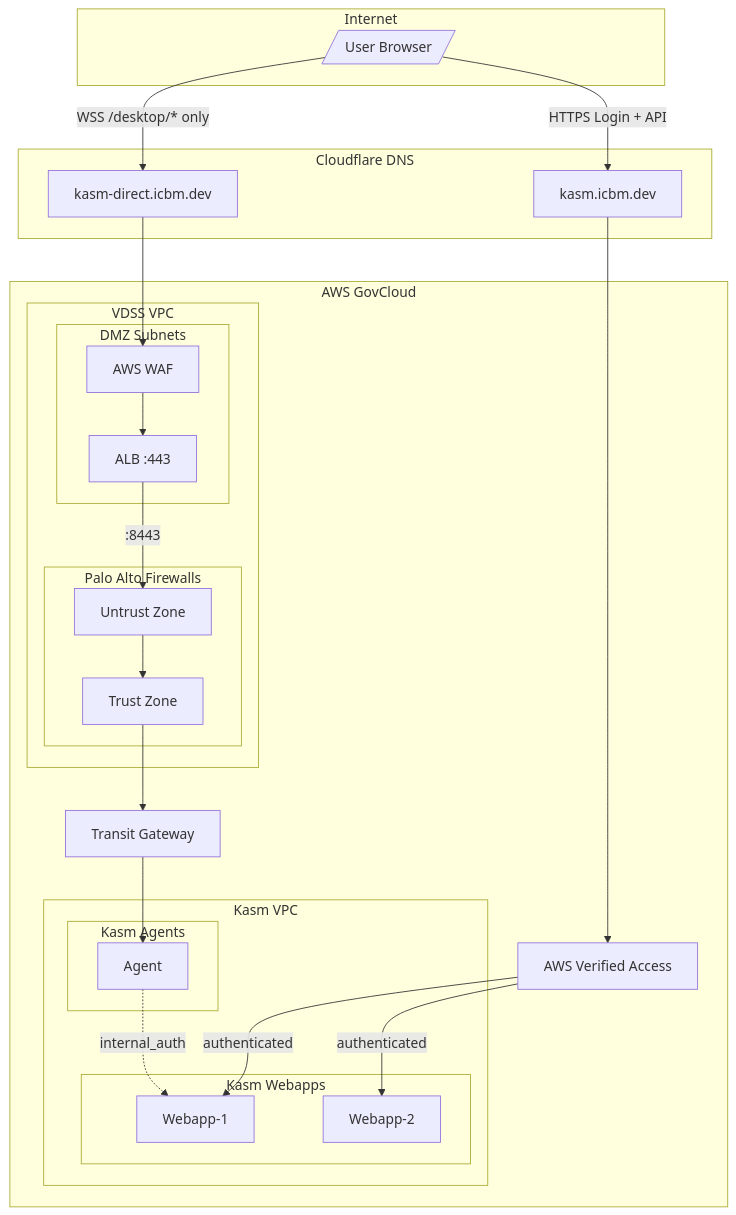
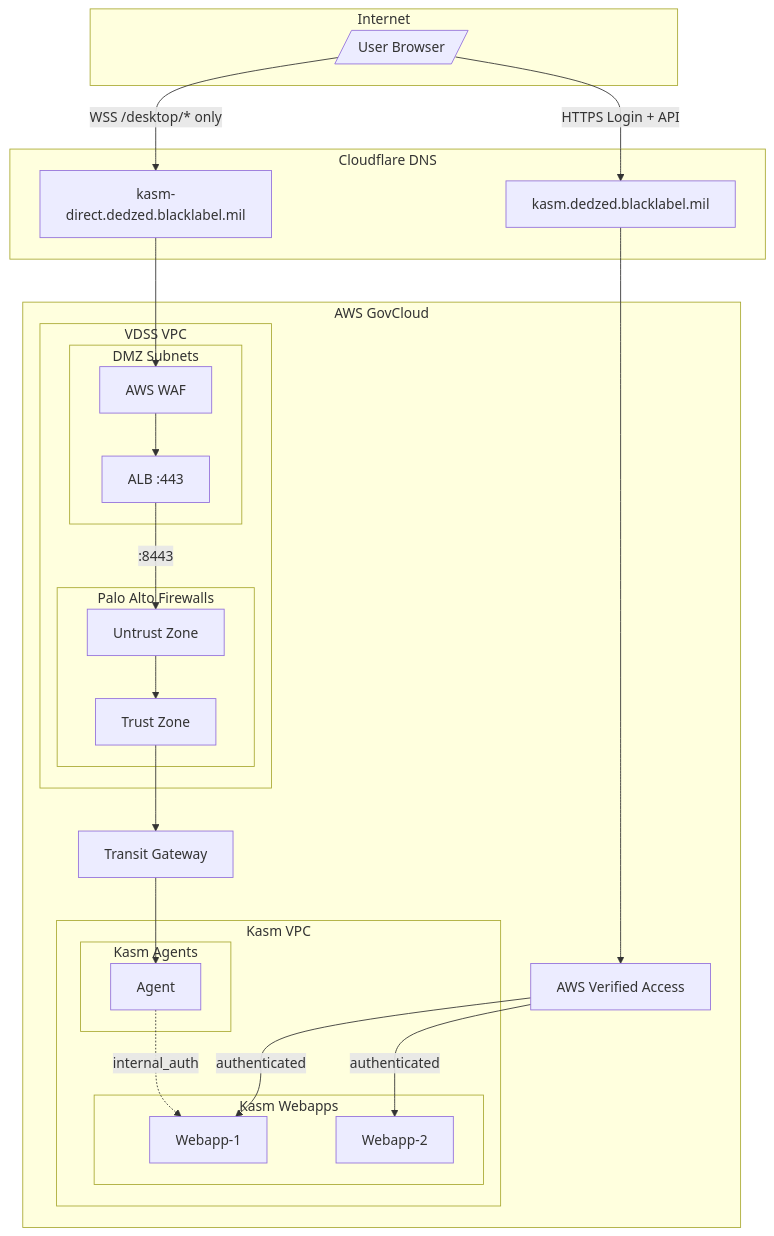
Before and after one commit to shebashio/docs: the first of 2 diagrams in knowledge-base/zero-trust.mdx, drawn with Mermaid. The commit also changed other lines of this file and 29 other files, not shown here.

First line of the commit message:
fix(docs): migrate icbm.dev URLs to dedzed.blacklabel.mil and remove Rancher references

````diff
--- a/knowledge-base/zero-trust.mdx
+++ b/knowledge-base/zero-trust.mdx
@@ -22,53 +22,53 @@
 ```mermaid
 flowchart TB
     subgraph Internet
         User[/"User Browser"/]
     end
 
     subgraph Cloudflare["Cloudflare DNS"]
-        DNS1["kasm.icbm.dev"]
-        DNS2["kasm-direct.icbm.dev"]
+        DNS1["kasm.dedzed.blacklabel.mil"]
+        DNS2["kasm-direct.dedzed.blacklabel.mil"]
     end
 
     subgraph AWS["AWS GovCloud"]
         subgraph VDSS["VDSS VPC"]
             subgraph DMZ["DMZ Subnets"]
                 WAF["AWS WAF"]
                 ALB["ALB :443"]
                 WAF --> ALB
             end
             subgraph PaloAlto["Palo Alto Firewalls"]
                 Untrust["Untrust Zone"]
                 Trust["Trust Zone"]
             end
         end
 
         AVA["AWS Verified Access"]
 
         subgraph KasmVPC["Kasm VPC"]
             subgraph Webapps["Kasm Webapps"]
                 WA1["Webapp-1"]
                 WA2["Webapp-2"]
             end
             subgraph Agents["Kasm Agents"]
                 Agent["Agent"]
             end
         end
 
         TGW["Transit Gateway"]
     end
 
     User -->|"HTTPS Login + API"| DNS1
     DNS1 --> AVA
     AVA -->|"authenticated"| WA1
     AVA -->|"authenticated"| WA2
 
     User -->|"WSS /desktop/* only"| DNS2
     DNS2 --> WAF
     ALB -->|":8443"| Untrust
     Untrust --> Trust
     Trust --> TGW
     TGW --> Agent
 
     Agent -.->|"internal_auth"| WA1
 ```
````
